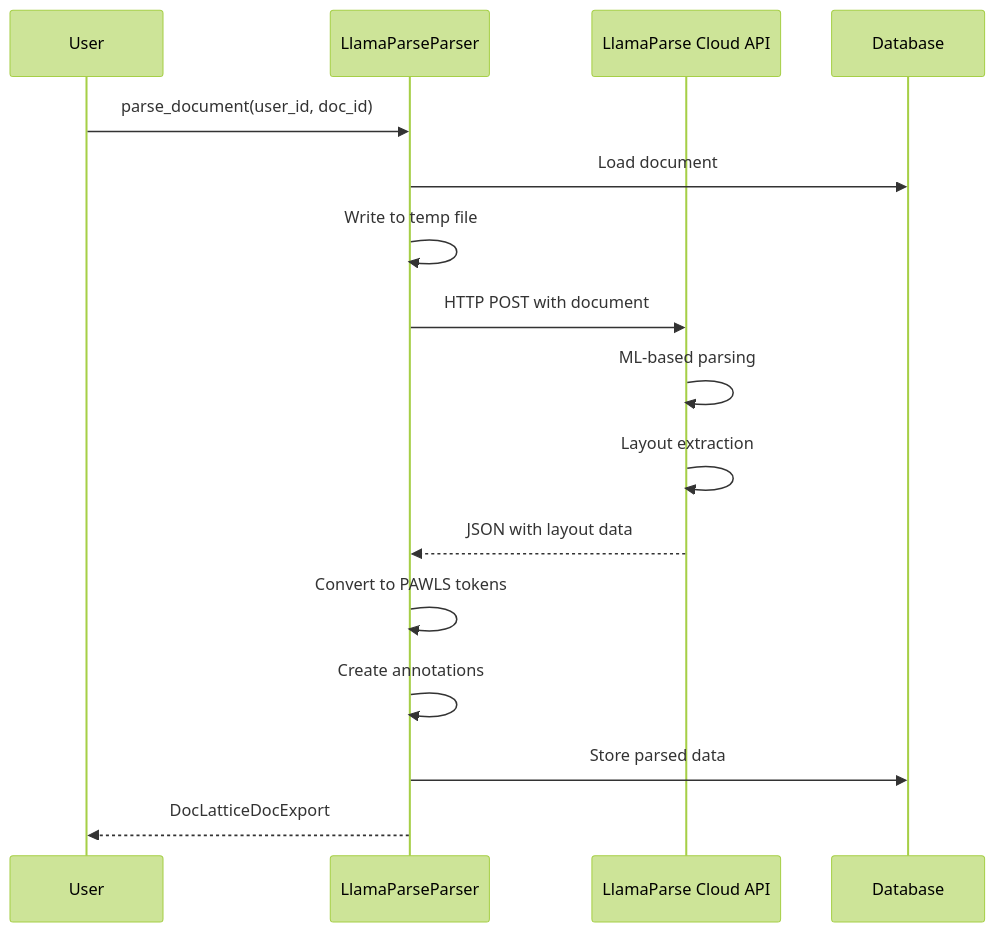
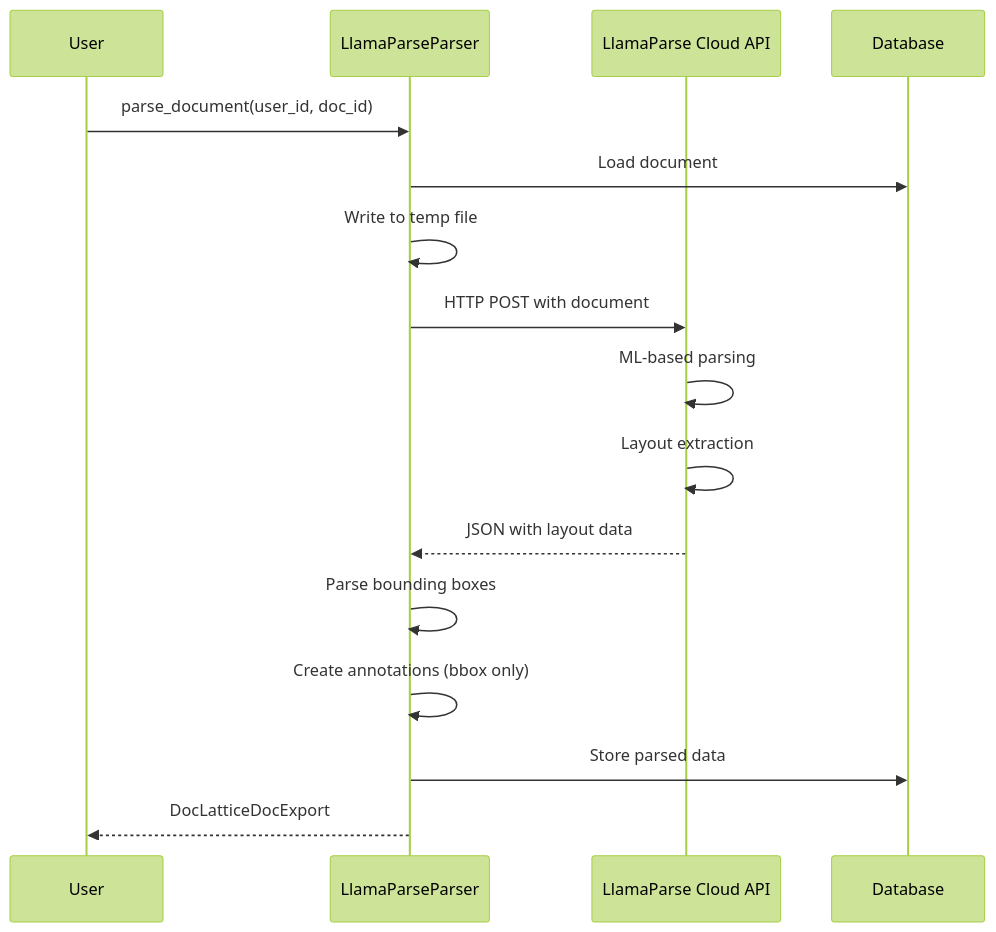
Before and after one commit to angelo-lacson/DocLattice: the diagram in docs/pipelines/llamaparse_parser.md, drawn with Mermaid (forest theme). The commit also changed other lines of this file and 3 other files, not shown here.

First line of the commit message:
fix: LlamaParse parser bbox handling and remove fake tokens

````diff
--- a/docs/pipelines/llamaparse_parser.md
+++ b/docs/pipelines/llamaparse_parser.md
@@ -11,19 +11,19 @@
 ```mermaid
 sequenceDiagram
     participant U as User
     participant LP as LlamaParseParser
     participant API as LlamaParse Cloud API
     participant DB as Database
 
     U->>LP: parse_document(user_id, doc_id)
     LP->>DB: Load document
     LP->>LP: Write to temp file
     LP->>API: HTTP POST with document
     API->>API: ML-based parsing
     API->>API: Layout extraction
     API-->>LP: JSON with layout data
-    LP->>LP: Convert to PAWLS tokens
-    LP->>LP: Create annotations
+    LP->>LP: Parse bounding boxes
+    LP->>LP: Create annotations (bbox only)
     LP->>DB: Store parsed data
     LP-->>U: DocLatticeDocExport
 ```
````
